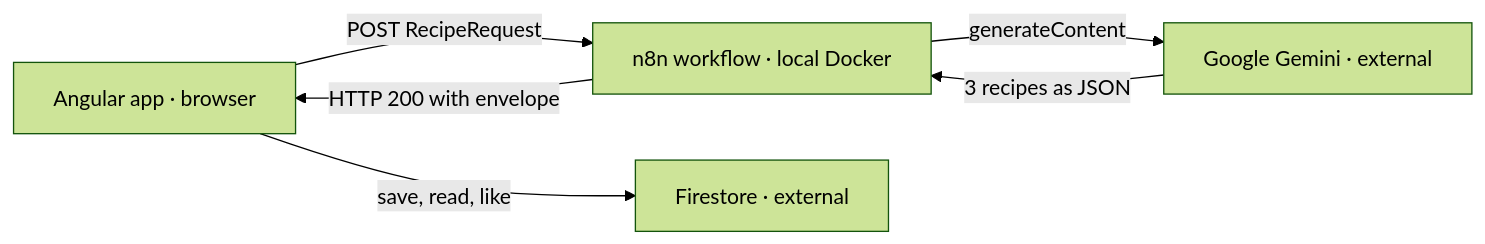
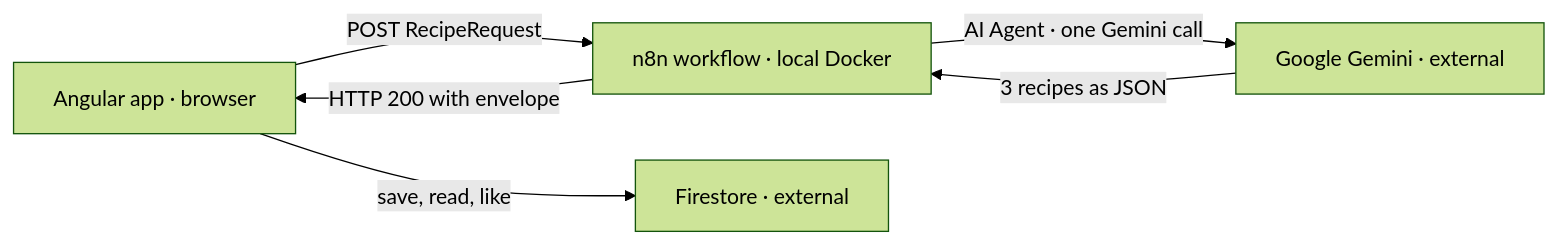
One commit to ttoebbe/code-a-cuisine changed the diagram in README.md. Above: the diagram before and after it, drawn with Mermaid (forest theme). The commit also changed 4 other files, not shown here.

First line of the commit message:
refactor(n8n): call Gemini through the AI Agent node

````diff
--- a/README.md
+++ b/README.md
@@ -8,13 +8,13 @@
 ```mermaid
 flowchart LR
   ng["Angular app · browser"]
   n8n["n8n workflow · local Docker"]
   ai["Google Gemini · external"]
   fs["Firestore · external"]
 
   ng -- "POST RecipeRequest" --> n8n
-  n8n -- "generateContent" --> ai
+  n8n -- "AI Agent · one Gemini call" --> ai
   ai -- "3 recipes as JSON" --> n8n
   n8n -- "HTTP 200 with envelope" --> ng
   ng -- "save, read, like" --> fs
 ```
````
